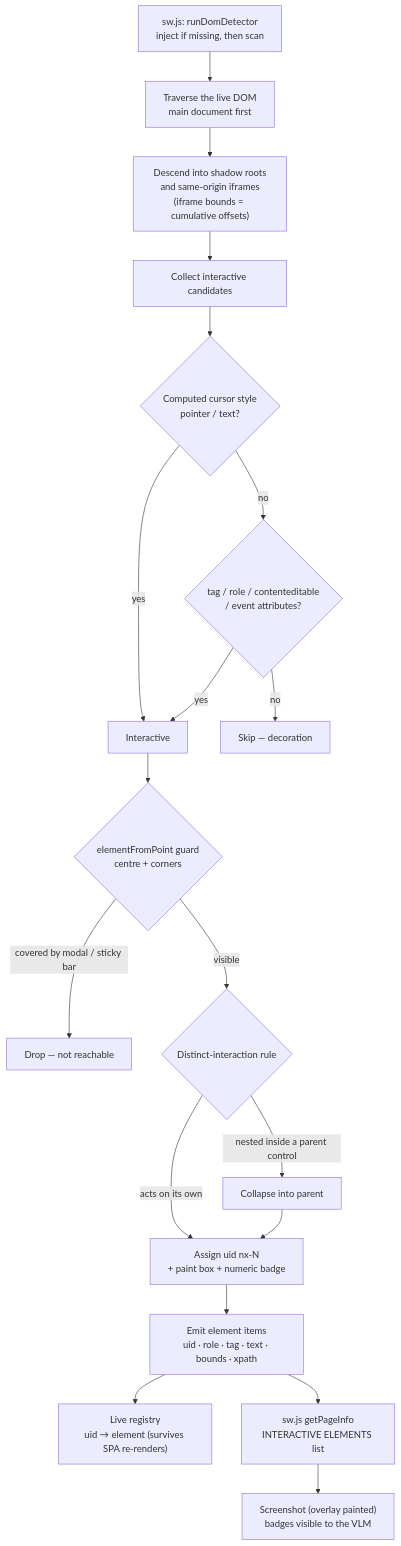
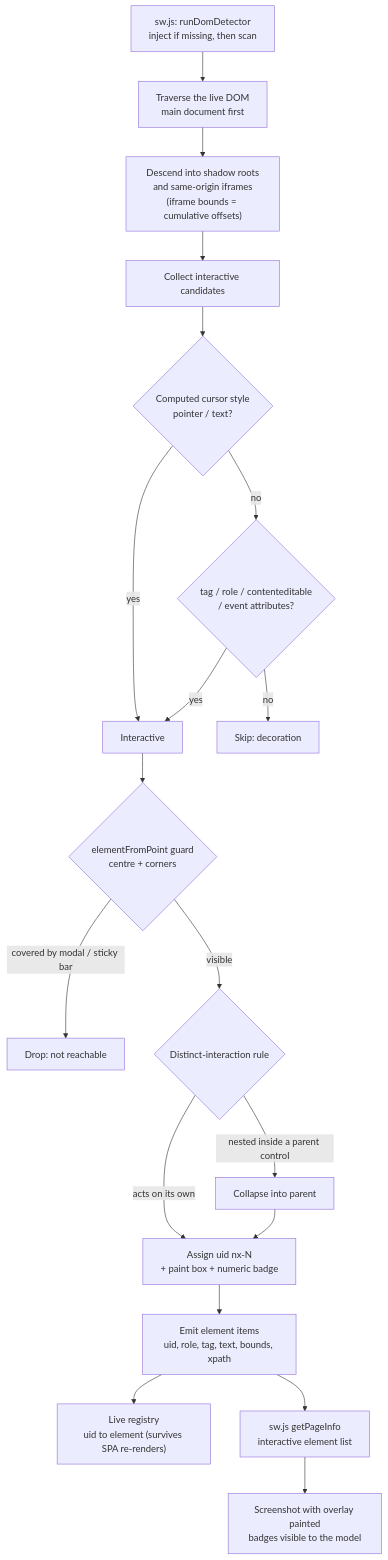
Before and after one commit to princechouhan19/OpenCometAI: the first of 2 diagrams in docs/guides/DOM_DETECTOR.md, drawn with Mermaid. The commit also changed other lines of this file and 77 other files, not shown here.

````diff
--- a/docs/guides/DOM_DETECTOR.md
+++ b/docs/guides/DOM_DETECTOR.md
@@ -29,21 +25,21 @@
 ```mermaid
 flowchart TD
   INJECT["sw.js: runDomDetector<br/>inject if missing, then scan"] --> TRAV["Traverse the live DOM<br/>main document first"]
   TRAV --> SHADOW["Descend into shadow roots<br/>and same-origin iframes<br/>(iframe bounds = cumulative offsets)"]
   SHADOW --> CAND["Collect interactive candidates"]
   CAND --> CURSOR{"Computed cursor style<br/>pointer / text?"}
   CURSOR -->|yes| OK["Interactive"]
   CURSOR -->|no| ROLE{"tag / role / contenteditable<br/>/ event attributes?"}
   ROLE -->|yes| OK
-  ROLE -->|no| DROP1["Skip — decoration"]
+  ROLE -->|no| DROP1["Skip: decoration"]
   OK --> TOP{"elementFromPoint guard<br/>centre + corners"}
-  TOP -->|"covered by modal / sticky bar"| DROP2["Drop — not reachable"]
+  TOP -->|"covered by modal / sticky bar"| DROP2["Drop: not reachable"]
   TOP -->|"visible"| DEDUP{"Distinct-interaction rule"}
   DEDUP -->|"nested inside a parent control"| PARENT["Collapse into parent"]
   DEDUP -->|"acts on its own"| ASSIGN["Assign uid nx-N<br/>+ paint box + numeric badge"]
   PARENT --> ASSIGN
-  ASSIGN --> OUT["Emit element items<br/>uid · role · tag · text · bounds · xpath"]
-  OUT --> REG["Live registry<br/>uid → element (survives SPA re-renders)"]
-  OUT --> PROMPT["sw.js getPageInfo<br/>INTERACTIVE ELEMENTS list"]
-  PROMPT --> SHOT["Screenshot (overlay painted)<br/>badges visible to the VLM"]
+  ASSIGN --> OUT["Emit element items<br/>uid, role, tag, text, bounds, xpath"]
+  OUT --> REG["Live registry<br/>uid to element (survives SPA re-renders)"]
+  OUT --> PROMPT["sw.js getPageInfo<br/>interactive element list"]
+  PROMPT --> SHOT["Screenshot with overlay painted<br/>badges visible to the model"]
 ```
````
